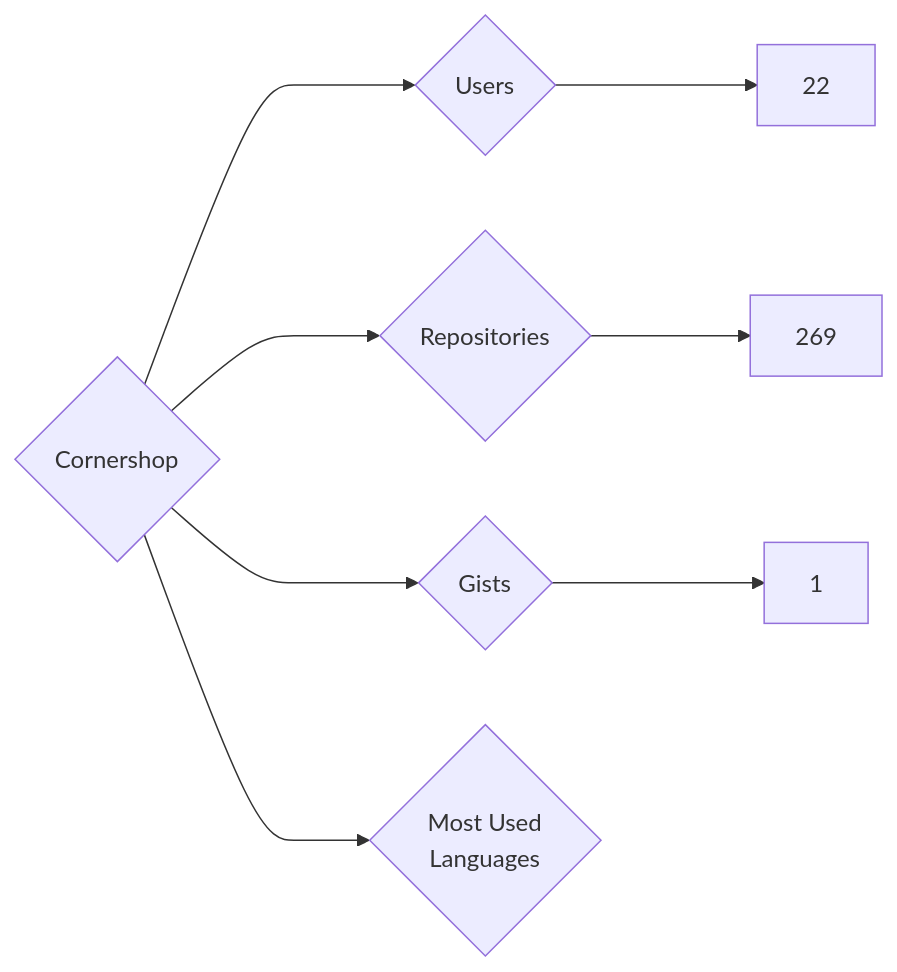
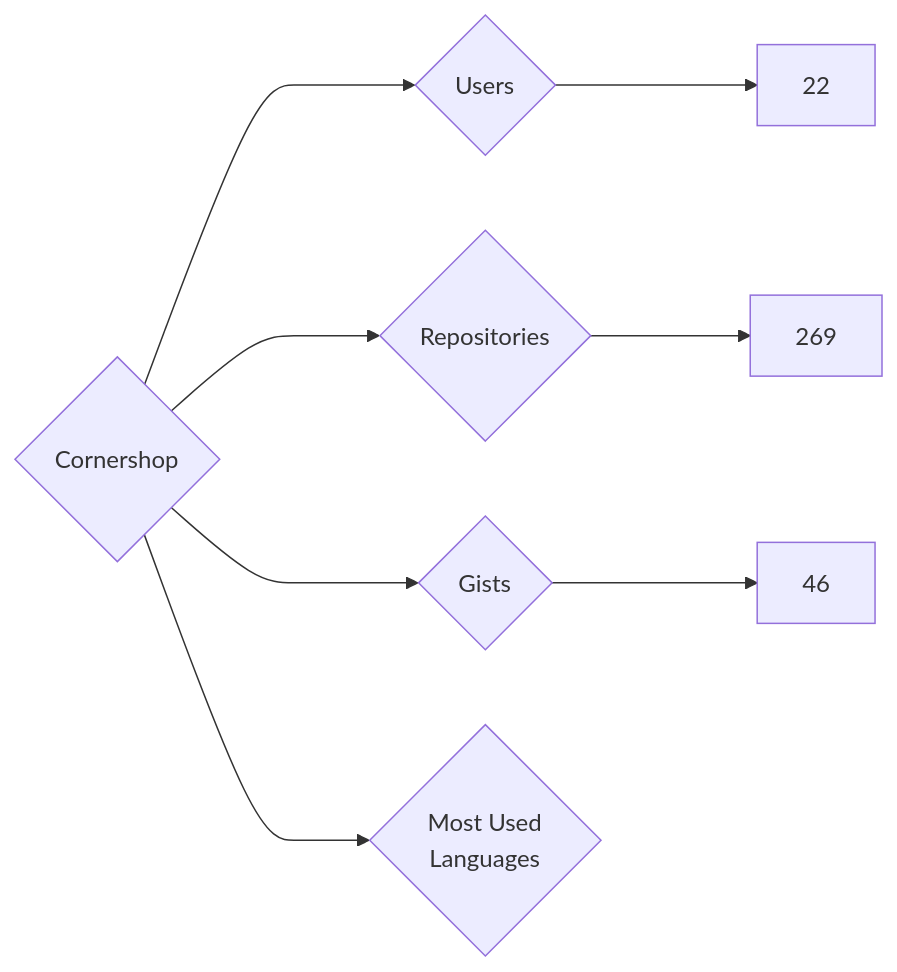
Before and after one commit to nenadzaric/insiders: the diagram in targets/Cornershop/README.md, drawn with Mermaid. The commit also changed 1342 other files, not shown here.

````diff
--- a/targets/Cornershop/README.md
+++ b/targets/Cornershop/README.md
@@ -3,8 +3,8 @@
 ```mermaid
 graph LR
 COMPANY_NAME{Cornershop}
 COMPANY_NAME ---> U{Users} ---> UN[22]
 COMPANY_NAME ---> R{Repositories} ---> RN[269]
-COMPANY_NAME ---> G{Gists} ---> GN[1]
+COMPANY_NAME ---> G{Gists} ---> GN[46]
 COMPANY_NAME ---> ML{Most Used<br>Languages}
 ```
````
